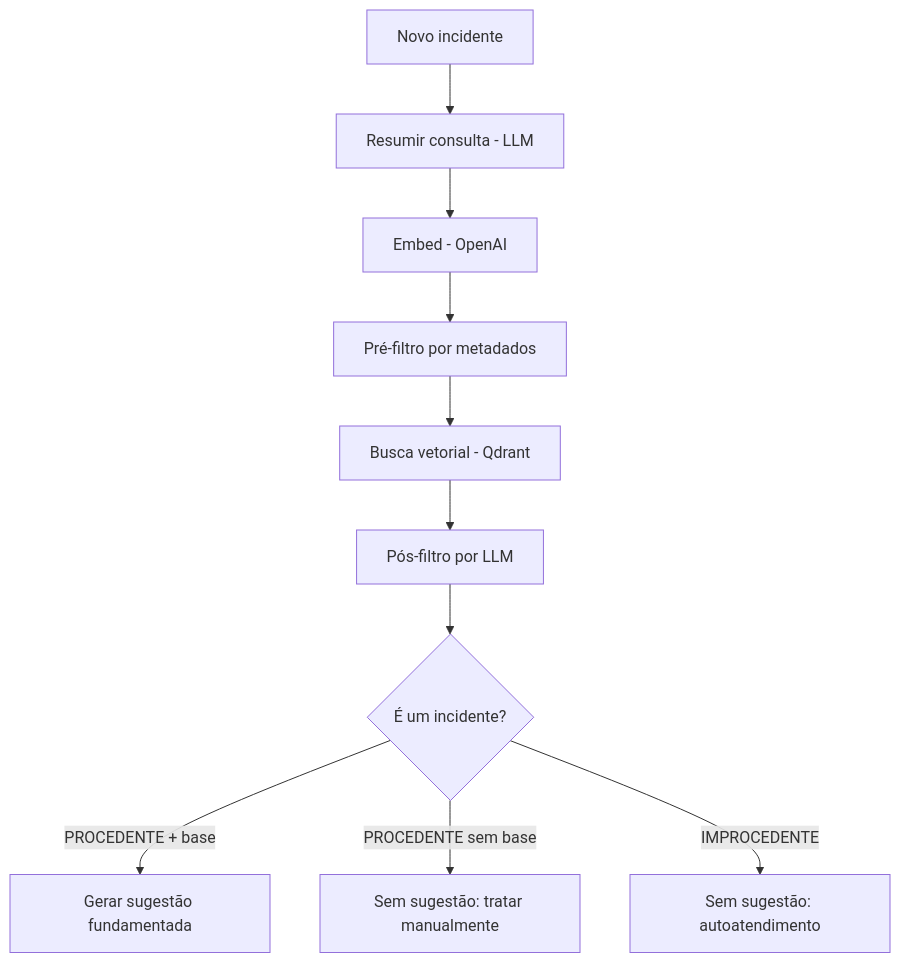
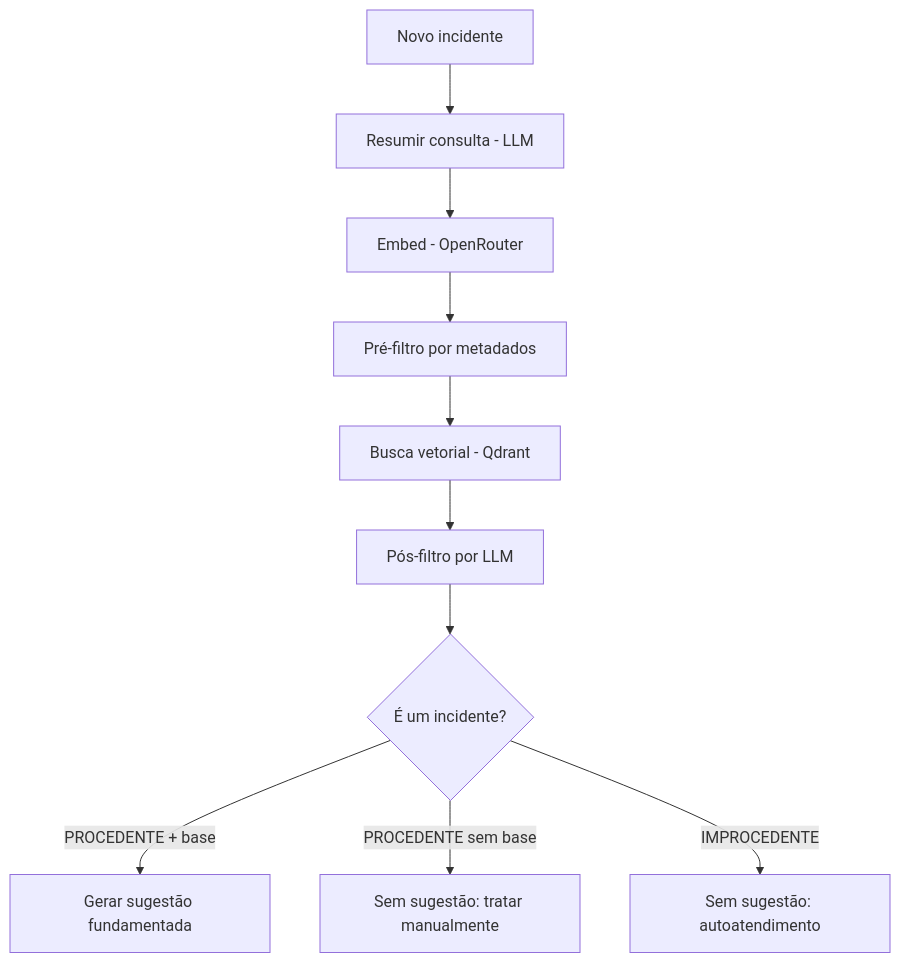
One commit to johnlaff/incident-sense changed the second of 2 diagrams in docs/architecture.md. Above: the diagram before and after it, drawn with Mermaid. The commit also changed other lines of this file and 22 other files, not shown here.

First line of the commit message:
feat: free public deploy with one OpenRouter key

````diff
--- a/docs/architecture.md
+++ b/docs/architecture.md
@@ -54,12 +53,12 @@
 ```mermaid
 flowchart TD
     A[Novo incidente] --> B[Resumir consulta - LLM]
-    B --> C[Embed - OpenAI]
+    B --> C[Embed - OpenRouter]
     C --> D[Pré-filtro por metadados]
     D --> E[Busca vetorial - Qdrant]
     E --> F[Pós-filtro por LLM]
     F --> G{É um incidente?}
     G -- PROCEDENTE + base --> H[Gerar sugestão fundamentada]
     G -- PROCEDENTE sem base --> J[Sem sugestão: tratar manualmente]
     G -- IMPROCEDENTE --> I[Sem sugestão: autoatendimento]
 ```
````
